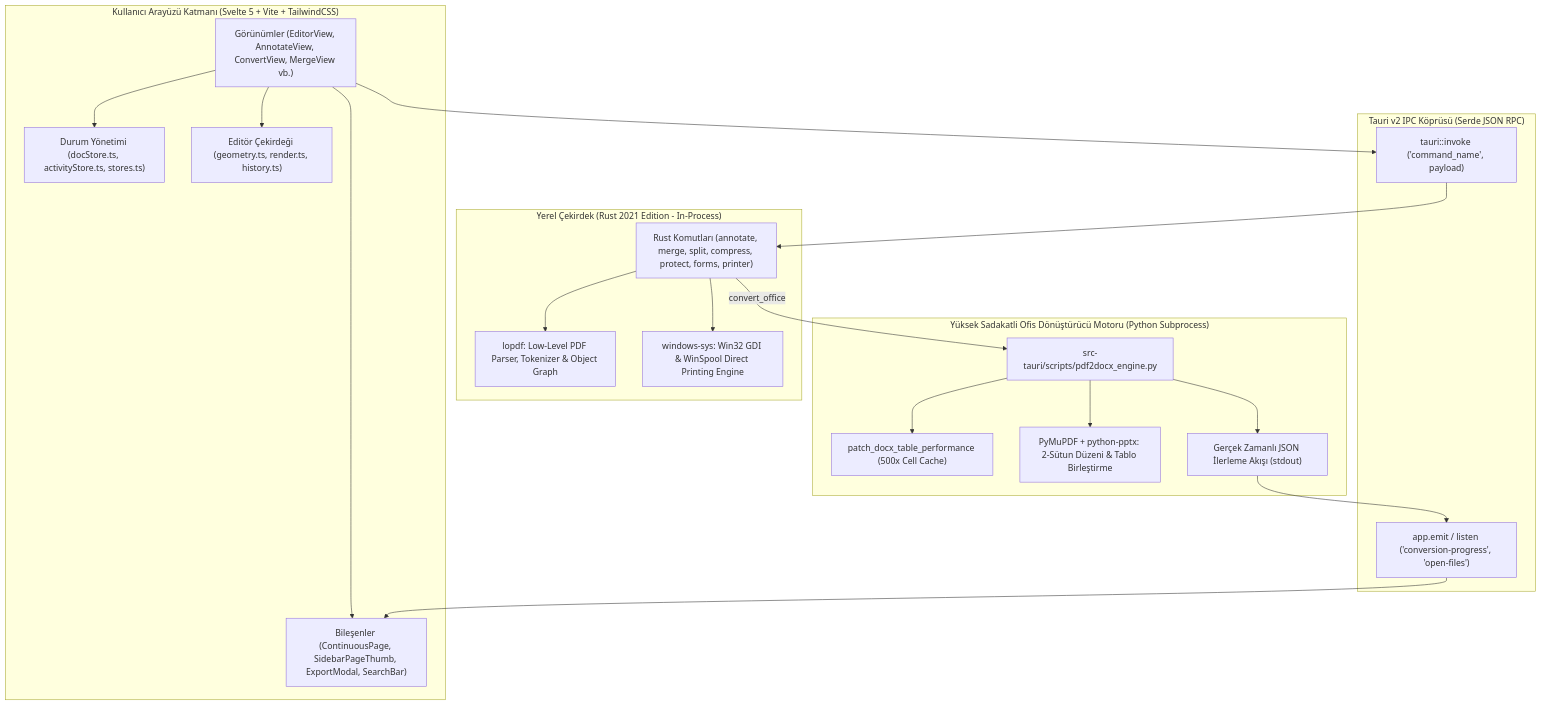
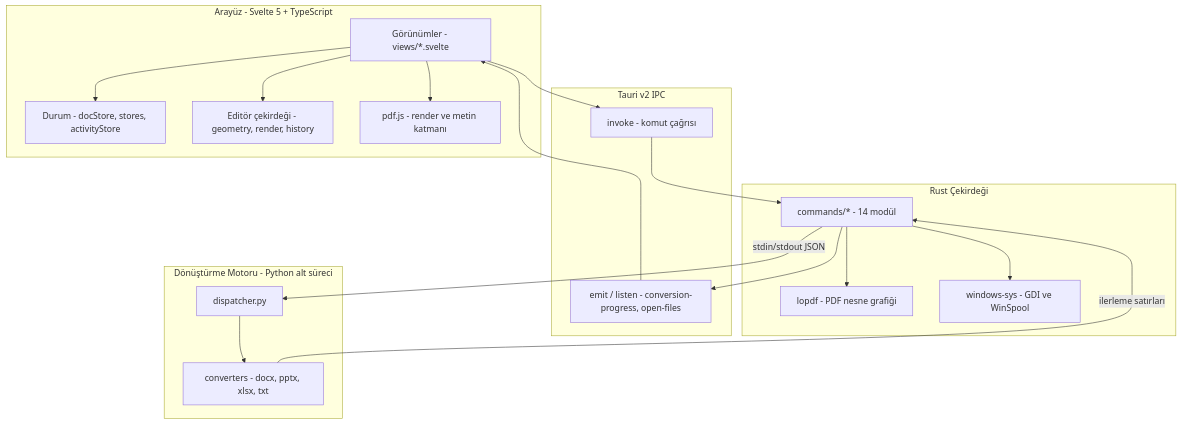
Before and after one commit to Chady1Dev/PDFKit: the first of 2 diagrams in DOCUMENTATION.md, drawn with Mermaid. The commit also changed other lines of this file and 5 other files, not shown here.

````diff
--- a/DOCUMENTATION.md
+++ b/DOCUMENTATION.md
@@ -99,41 +153,38 @@
 ```mermaid
 graph TD
-    subgraph Frontend ["Kullanıcı Arayüzü Katmanı (Svelte 5 + Vite + TailwindCSS)"]
-        UI_Views["Görünümler (EditorView, AnnotateView, ConvertView, MergeView vb.)"]
-        UI_Components["Bileşenler (ContinuousPage, SidebarPageThumb, ExportModal, SearchBar)"]
-        UI_Stores["Durum Yönetimi (docStore.ts, activityStore.ts, stores.ts)"]
-        UI_EditorCore["Editör Çekirdeği (geometry.ts, render.ts, history.ts)"]
+    subgraph Frontend["Arayüz - Svelte 5 + TypeScript"]
+        Views["Görünümler - views/*.svelte"]
+        Stores["Durum - docStore, stores, activityStore"]
+        Editor["Editör çekirdeği - geometry, render, history"]
+        PdfJs["pdf.js - render ve metin katmanı"]
     end
 
-    subgraph IPC ["Tauri v2 IPC Köprüsü (Serde JSON RPC)"]
-        InvokeChannel["tauri::invoke ('command_name', payload)"]
-        EventStream["app.emit / listen ('conversion-progress', 'open-files')"]
+    subgraph IPC["Tauri v2 IPC"]
+        Invoke["invoke - komut çağrısı"]
+        Events["emit / listen - conversion-progress, open-files"]
     end
 
-    subgraph RustCore ["Yerel Çekirdek (Rust 2021 Edition - In-Process)"]
-        Commands["Rust Komutları (annotate, merge, split, compress, protect, forms, printer)"]
-        LopdfEngine["lopdf: Low-Level PDF Parser, Tokenizer & Object Graph"]
-        WinGdi["windows-sys: Win32 GDI & WinSpool Direct Printing Engine"]
+    subgraph Core["Rust Çekirdeği"]
+        Commands["commands/* - 14 modül"]
+        Lopdf["lopdf - PDF nesne grafiği"]
+        Win32["windows-sys - GDI ve WinSpool"]
     end
 
-    subgraph PythonEngine ["Yüksek Sadakatli Ofis Dönüştürücü Motoru (Python Subprocess)"]
-        ScriptBridge["src-tauri/scripts/pdf2docx_engine.py"]
-        DocxOptimizer["patch_docx_table_performance (500x Cell Cache)"]
-        PptxEngine["PyMuPDF + python-pptx: 2-Sütun Düzeni & Tablo Birleştirme"]
-        StdStream["Gerçek Zamanlı JSON İlerleme Akışı (stdout)"]
+    subgraph Python["Dönüştürme Motoru - Python alt süreci"]
+        Dispatcher["dispatcher.py"]
+        Engines["converters - docx, pptx, xlsx, txt"]
     end
 
-    UI_Views --> UI_Stores
-    UI_Views --> UI_EditorCore
-    UI_Views --> UI_Components
-    UI_Views --> InvokeChannel
-    InvokeChannel --> Commands
-    Commands --> LopdfEngine
-    Commands --> WinGdi
-    Commands -->|convert_office| ScriptBridge
-    ScriptBridge --> DocxOptimizer
-    ScriptBridge --> PptxEngine
-    ScriptBridge --> StdStream
-    StdStream --> EventStream
-    EventStream --> UI_Components
+    Views --> Stores
+    Views --> Editor
+    Views --> PdfJs
+    Views --> Invoke
+    Invoke --> Commands
+    Commands --> Lopdf
+    Commands --> Win32
+    Commands -->|"stdin/stdout JSON"| Dispatcher
+    Dispatcher --> Engines
+    Engines -->|"ilerleme satırları"| Commands
+    Commands --> Events
+    Events --> Views
 ```
````
